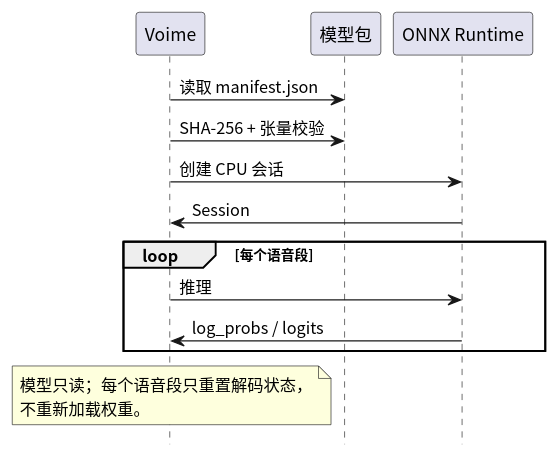
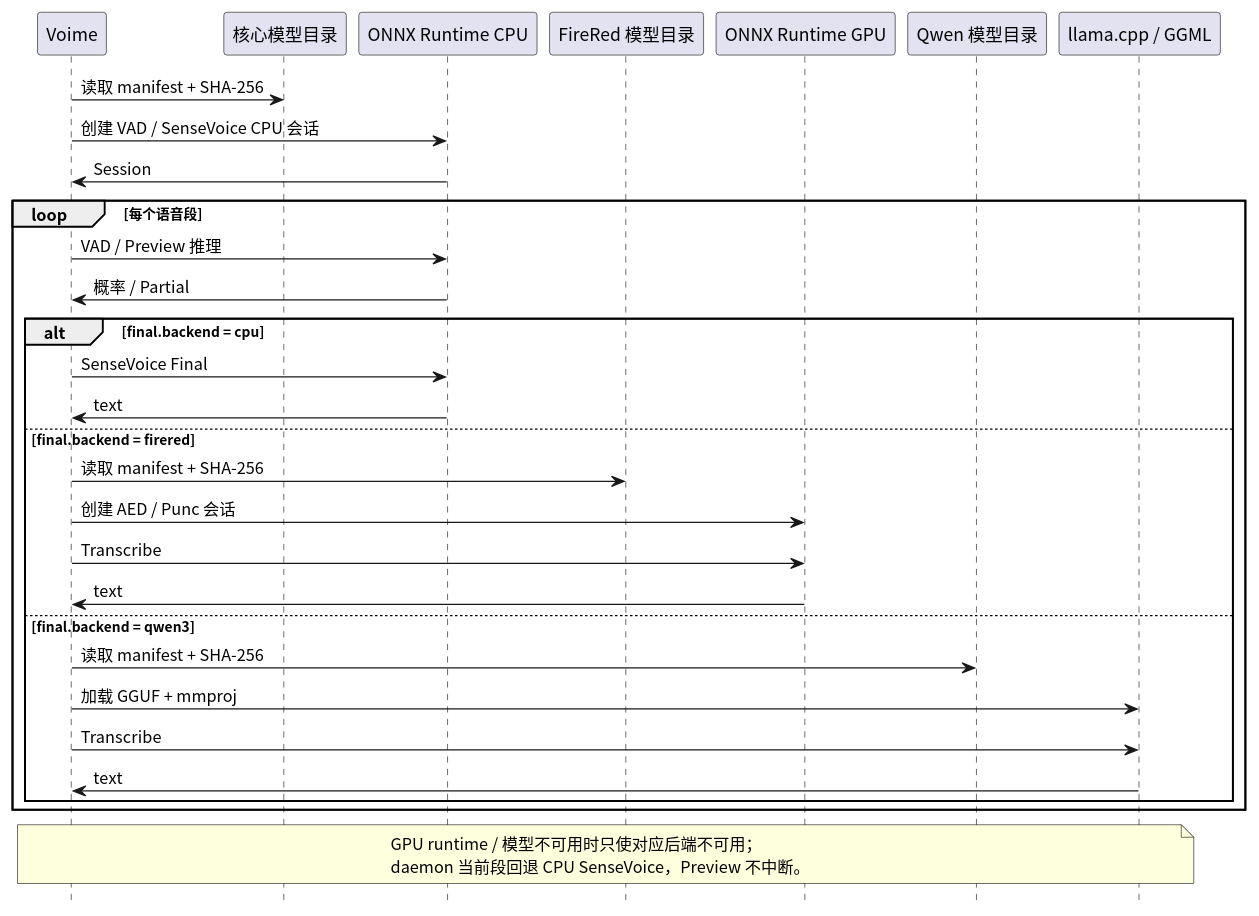
The diagram in diagram/provider-inference.puml (54m43lJ/voime), drawn with PlantUML before and after one commit. The commit also changed 72 other files, not shown here.

```diff
--- a/diagram/provider-inference.puml
+++ b/diagram/provider-inference.puml
@@ -1,24 +1,41 @@
 @startuml
 skinparam defaultFontName "Noto Sans CJK SC"
 skinparam shadowing false
 hide footbox
 
 participant "Voime" as Voime
-participant "模型包" as Model
-participant "ONNX Runtime" as Ort
+participant "核心模型目录" as CoreModels
+participant "ONNX Runtime CPU" as OrtCpu
+participant "FireRed 模型目录" as FireredModels
+participant "ONNX Runtime GPU" as OrtGpu
+participant "Qwen 模型目录" as QwenModels
+participant "llama.cpp / GGML" as Llama
 
-Voime -> Model : 读取 manifest.json
-Voime -> Model : SHA-256 + 张量校验
-Voime -> Ort : 创建 CPU 会话
-Ort -> Voime : Session
+Voime -> CoreModels : 读取 manifest + SHA-256
+Voime -> OrtCpu : 创建 VAD / SenseVoice CPU 会话
+OrtCpu -> Voime : Session
 
 loop 每个语音段
-  Voime -> Ort : 推理
-  Ort -> Voime : log_probs / logits
+  Voime -> OrtCpu : VAD / Preview 推理
+  OrtCpu -> Voime : 概率 / Partial
+  alt final.backend = cpu
+    Voime -> OrtCpu : SenseVoice Final
+    OrtCpu -> Voime : text
+  else final.backend = firered
+    Voime -> FireredModels : 读取 manifest + SHA-256
+    Voime -> OrtGpu : 创建 AED / Punc 会话
+    Voime -> OrtGpu : Transcribe
+    OrtGpu -> Voime : text
+  else final.backend = qwen3
+    Voime -> QwenModels : 读取 manifest + SHA-256
+    Voime -> Llama : 加载 GGUF + mmproj
+    Voime -> Llama : Transcribe
+    Llama -> Voime : text
+  end
 end
 
-note over Voime
-  模型只读；每个语音段只重置解码状态，
-  不重新加载权重。
+note over Voime, Llama
+  GPU runtime / 模型不可用时只使对应后端不可用；
+  daemon 当前段回退 CPU SenseVoice，Preview 不中断。
 end note
 @enduml
```
